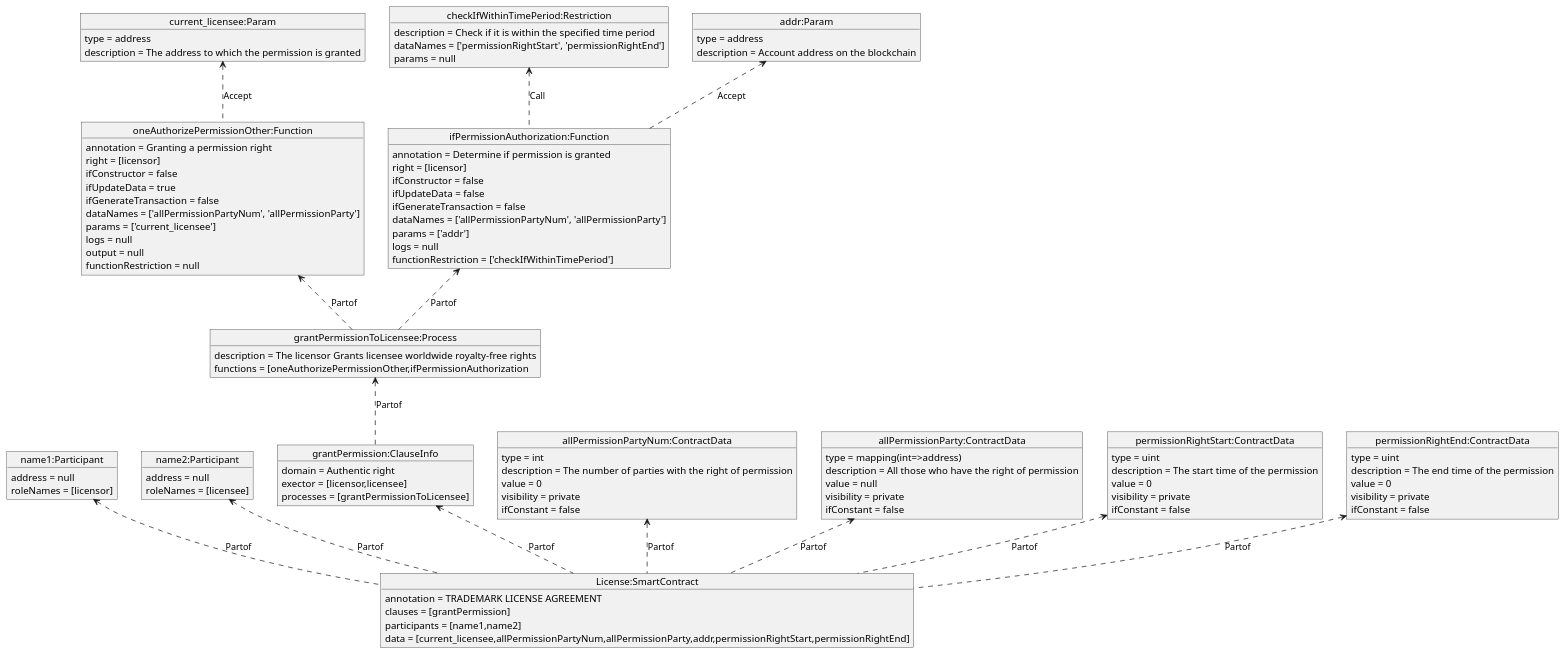
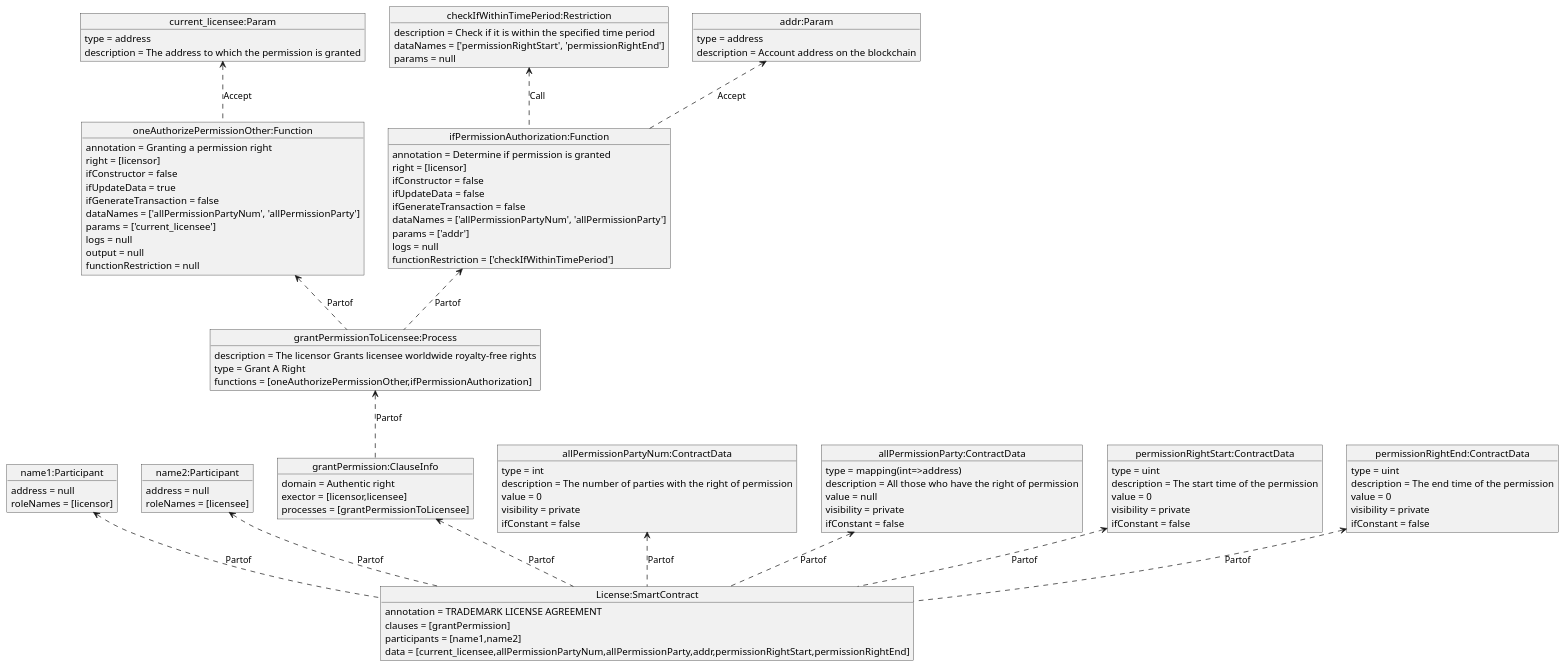
Before and after one commit to HIT-LWY/sc_MDA_code: the diagram in plantUML_dia/a_result.puml, drawn with PlantUML. The commit also changed 3 other files, not shown here.

```diff
--- a/plantUML_dia/a_result.puml
+++ b/plantUML_dia/a_result.puml
@@ -1,88 +1,89 @@
 @startuml
 object "License:SmartContract" as License
 License : annotation = TRADEMARK LICENSE AGREEMENT
 License : clauses = [grantPermission]
 License : participants = [name1,name2]
 License : data = [current_licensee,allPermissionPartyNum,allPermissionParty,addr,permissionRightStart,permissionRightEnd]
 object "name1:Participant" as name1
 name1 : address = null
 name1 : roleNames = [licensor]
 object "name2:Participant" as name2
 name2 : address = null
 name2 : roleNames = [licensee]
 object "grantPermission:ClauseInfo" as grantPermission
 grantPermission : domain = Authentic right
 grantPermission : exector = [licensor,licensee]
 grantPermission : processes = [grantPermissionToLicensee]
 object "grantPermissionToLicensee:Process" as grantPermissionToLicensee
 grantPermissionToLicensee : description = The licensor Grants licensee worldwide royalty-free rights
-grantPermissionToLicensee : functions = [oneAuthorizePermissionOther,ifPermissionAuthorization
+grantPermissionToLicensee : type = Grant A Right
+grantPermissionToLicensee : functions = [oneAuthorizePermissionOther,ifPermissionAuthorization]
 object "oneAuthorizePermissionOther:Function" as oneAuthorizePermissionOther
 oneAuthorizePermissionOther : annotation = Granting a permission right
 oneAuthorizePermissionOther : right = [licensor]
 oneAuthorizePermissionOther : ifConstructor = false
 oneAuthorizePermissionOther : ifUpdateData = true
 oneAuthorizePermissionOther : ifGenerateTransaction = false
 oneAuthorizePermissionOther : dataNames = ['allPermissionPartyNum', 'allPermissionParty']
 oneAuthorizePermissionOther : params = ['current_licensee']
 oneAuthorizePermissionOther : logs = null
 oneAuthorizePermissionOther : output = null
 oneAuthorizePermissionOther : functionRestriction = null
 object "ifPermissionAuthorization:Function" as ifPermissionAuthorization
 ifPermissionAuthorization : annotation = Determine if permission is granted
 ifPermissionAuthorization : right = [licensor]
 ifPermissionAuthorization : ifConstructor = false
 ifPermissionAuthorization : ifUpdateData = false
 ifPermissionAuthorization : ifGenerateTransaction = false
 ifPermissionAuthorization : dataNames = ['allPermissionPartyNum', 'allPermissionParty']
 ifPermissionAuthorization : params = ['addr']
 ifPermissionAuthorization : logs = null
 ifPermissionAuthorization : functionRestriction = ['checkIfWithinTimePeriod']
 object "checkIfWithinTimePeriod:Restriction" as checkIfWithinTimePeriod
 checkIfWithinTimePeriod : description = Check if it is within the specified time period
 checkIfWithinTimePeriod : dataNames = ['permissionRightStart', 'permissionRightEnd']
 checkIfWithinTimePeriod : params = null
 object "allPermissionPartyNum:ContractData" as allPermissionPartyNum
 allPermissionPartyNum : type = int
 allPermissionPartyNum : description = The number of parties with the right of permission
 allPermissionPartyNum : value = 0
 allPermissionPartyNum : visibility = private
 allPermissionPartyNum : ifConstant = false
 object "allPermissionParty:ContractData" as allPermissionParty
 allPermissionParty : type = mapping(int=>address)
 allPermissionParty : description = All those who have the right of permission
 allPermissionParty : value = null
 allPermissionParty : visibility = private
 allPermissionParty : ifConstant = false
 object "permissionRightStart:ContractData" as permissionRightStart
 permissionRightStart : type = uint
 permissionRightStart : description = The start time of the permission
 permissionRightStart : value = 0
 permissionRightStart : visibility = private
 permissionRightStart : ifConstant = false
 object "permissionRightEnd:ContractData" as permissionRightEnd
 permissionRightEnd : type = uint
 permissionRightEnd : description = The end time of the permission
 permissionRightEnd : value = 0
 permissionRightEnd : visibility = private
 permissionRightEnd : ifConstant = false
 object "addr:Param" as addr
 addr : type = address
 addr : description = Account address on the blockchain
 object "current_licensee:Param" as current_licensee
 current_licensee : type = address
 current_licensee : description = The address to which the permission is granted
 name1<.. License: Partof
 name2<.. License: Partof
 grantPermission<.. License: Partof
 grantPermissionToLicensee<.. grantPermission: Partof
 oneAuthorizePermissionOther<.. grantPermissionToLicensee: Partof
 ifPermissionAuthorization<.. grantPermissionToLicensee: Partof
 checkIfWithinTimePeriod<.. ifPermissionAuthorization: Call
 allPermissionPartyNum<.. License: Partof
 allPermissionParty<.. License: Partof
 permissionRightStart<.. License: Partof
 permissionRightEnd<.. License: Partof
 current_licensee<..oneAuthorizePermissionOther: Accept
 addr<..ifPermissionAuthorization: Accept
 @enduml
```
